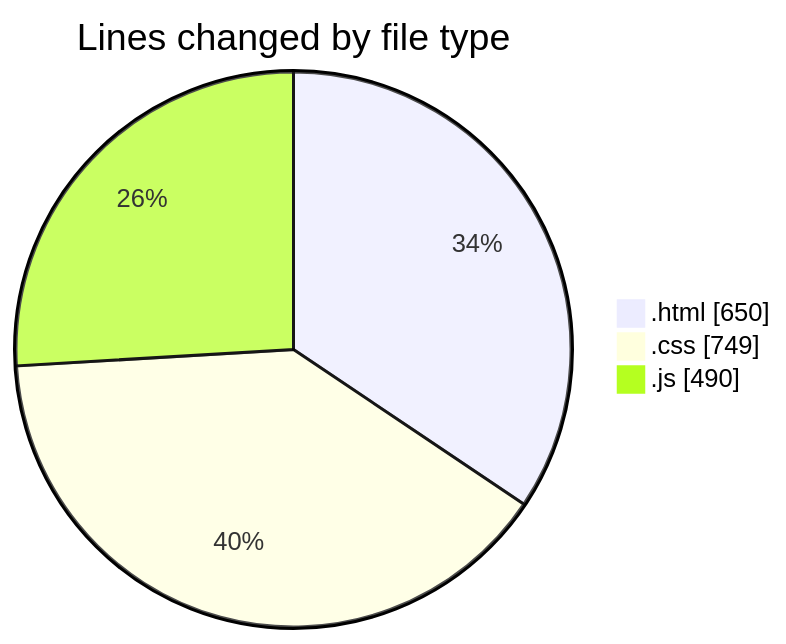
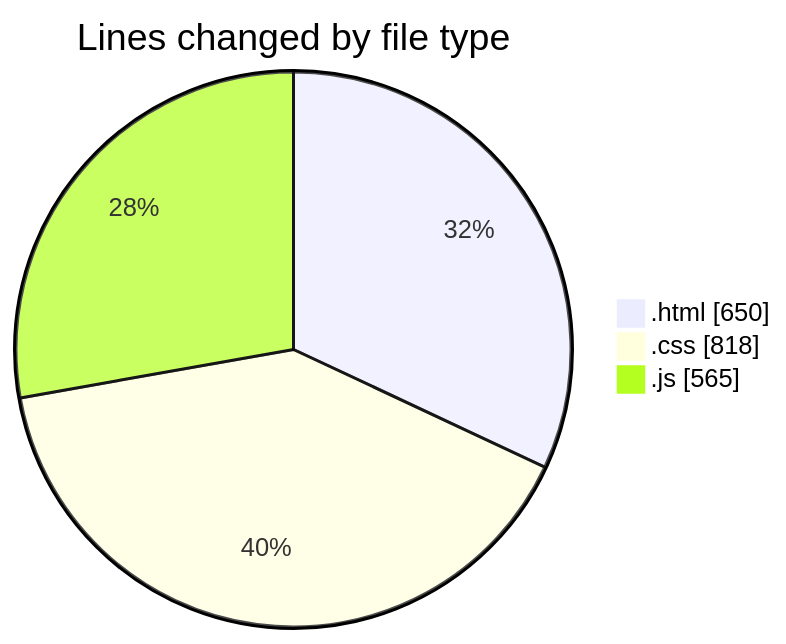
Before and after one commit to IJAZ3593/code-tracking: the first of 2 diagrams in 2025-09-01/project_3/README.md, drawn with Mermaid. The commit also changed other lines of this file and 1 other file, not shown here.

````diff
--- a/2025-09-01/project_3/README.md
+++ b/2025-09-01/project_3/README.md
@@ -26,7 +26,7 @@
 ```mermaid
 pie showData
 title Lines changed by file type
 ".html" : 650
-".css" : 749
-".js" : 490
+".css" : 818
+".js" : 565
 ```
````
